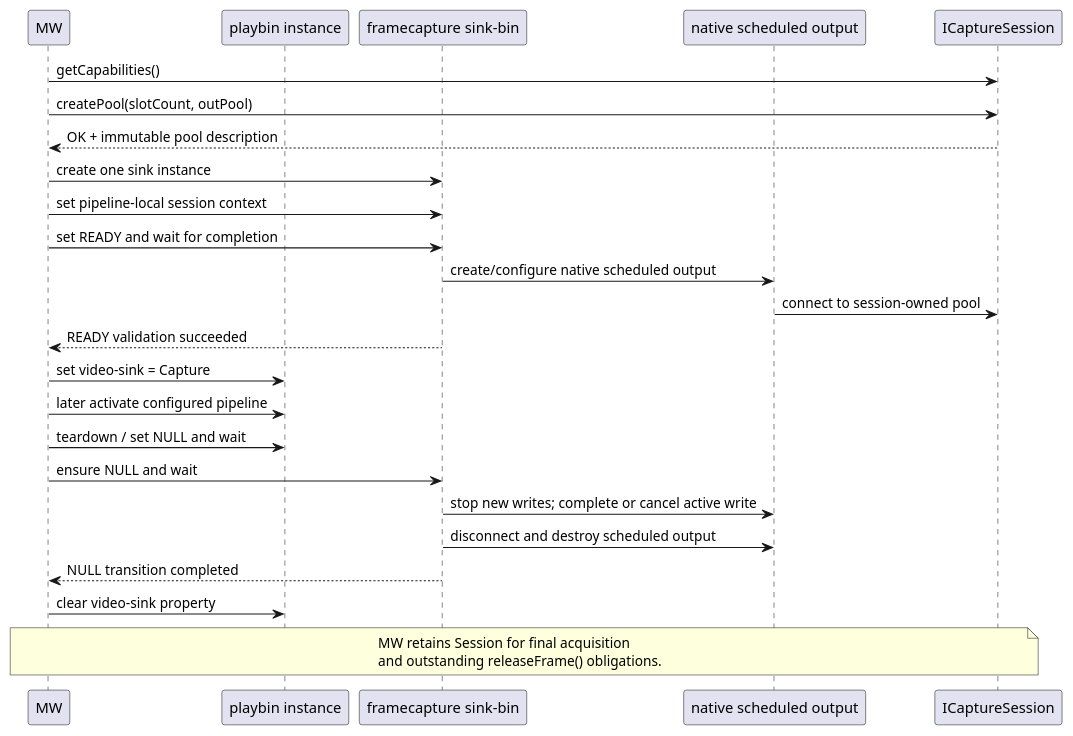
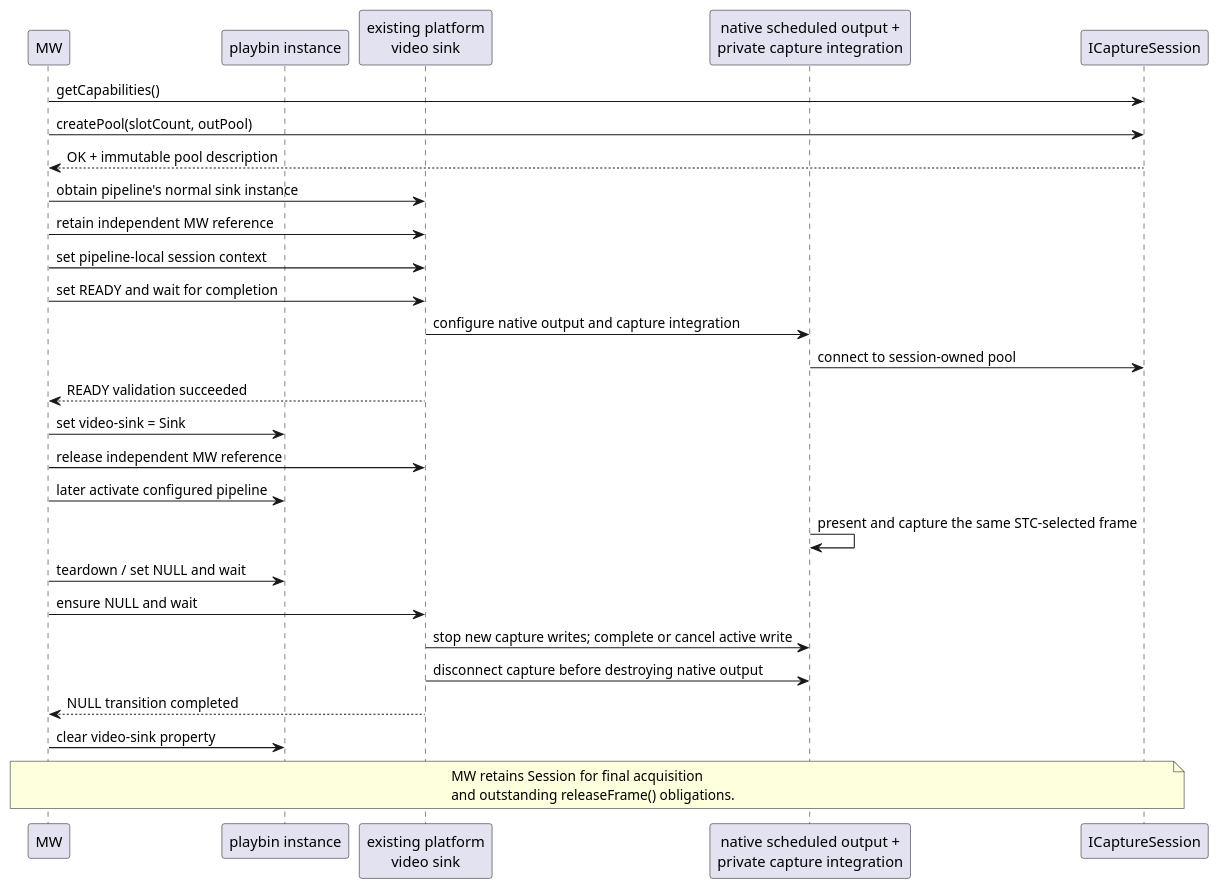
Before and after one commit to rdkcentral/rdk-hpk-documentation: the diagram in doc/Media_Pipeline/SPECIFICATION-soc-video-frame-capture.md, drawn with PlantUML. The commit also changed other lines of this file, not shown here.

First line of the commit message:
Preserve existing platform video sink as playbin's selected sink and supply capture session directly through context

````diff
--- a/doc/Media_Pipeline/SPECIFICATION-soc-video-frame-capture.md
+++ b/doc/Media_Pipeline/SPECIFICATION-soc-video-frame-capture.md
@@ -203,32 +215,35 @@
 ```plantuml
 @startuml
 participant MW
 participant "playbin instance" as Playbin
-participant "framecapture sink-bin" as Capture
-participant "native scheduled output" as Output
+participant "existing platform\nvideo sink" as Sink
+participant "native scheduled output +\nprivate capture integration" as Output
 participant ICaptureSession as Session
 
 MW -> Session: getCapabilities()
 MW -> Session: createPool(slotCount, outPool)
 Session --> MW: OK + immutable pool description
-MW -> Capture: create one sink instance
-MW -> Capture: set pipeline-local session context
-MW -> Capture: set READY and wait for completion
-Capture -> Output: create/configure native scheduled output
+MW -> Sink: obtain pipeline's normal sink instance
+MW -> Sink: retain independent MW reference
+MW -> Sink: set pipeline-local session context
+MW -> Sink: set READY and wait for completion
+Sink -> Output: configure native output and capture integration
 Output -> Session: connect to session-owned pool
-Capture --> MW: READY validation succeeded
-MW -> Playbin: set video-sink = Capture
+Sink --> MW: READY validation succeeded
+MW -> Playbin: set video-sink = Sink
+MW -> Sink: release independent MW reference
 MW -> Playbin: later activate configured pipeline
+Output -> Output: present and capture the same STC-selected frame
 
 MW -> Playbin: teardown / set NULL and wait
-MW -> Capture: ensure NULL and wait
-Capture -> Output: stop new writes; complete or cancel active write
-Capture -> Output: disconnect and destroy scheduled output
-Capture --> MW: NULL transition completed
+MW -> Sink: ensure NULL and wait
+Sink -> Output: stop new capture writes; complete or cancel active write
+Sink -> Output: disconnect capture before destroying native output
+Sink --> MW: NULL transition completed
 MW -> Playbin: clear video-sink property
 note over MW,Session
 MW retains Session for final acquisition
 and outstanding releaseFrame() obligations.
 end note
 @enduml
 ```
````
